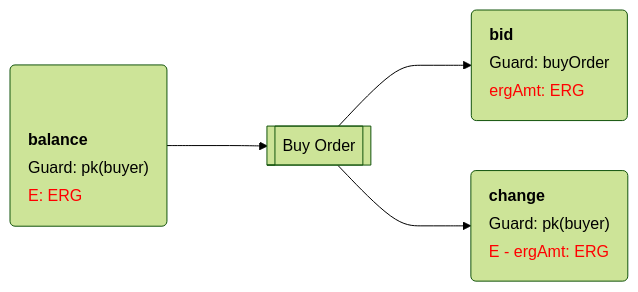
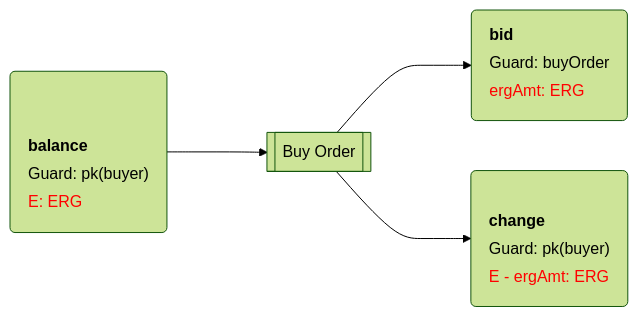
One commit to RalfWeiss/ergo-course-summary changed the second of 3 diagrams in ergoscript/example-contracts/dex-flowcard.md. Above: the diagram before and after it, drawn with Mermaid (forest theme). The commit also changed other lines of this file, not shown here.

Commit message:
margin-top samples

````diff
--- a/ergoscript/example-contracts/dex-flowcard.md
+++ b/ergoscript/example-contracts/dex-flowcard.md
@@ -61,34 +61,34 @@
 ```mermaid
 flowchart LR
 
   %% adjust margin-top: lines = 5; margin-top -12ex --> (lines-1) * 3 ex
   %% balance("<table style='text-align:left; margin-top: -12ex; margin-bottom: 0;' > 
   balance("<table style='text-align:left; margin-top: -6ex; margin-bottom: 0;' > 
     <tr><th '><b>balance</b></th></tr> 
     <tr><td >Guard: pk(buyer)</td></tr> 
     <tr><td style='color:red'>E: ERG</td></tr> 
     </table>  ")
 
   %% adjust margin-top: lines = 5; margin-top -12ex --> (lines-1) * 3 ex
-  change("<table style='text-align:left; margin-top: -12ex; margin-bottom: 0;' > 
+  change("<table style='text-align:left; margin-top: -9ex; margin-bottom: 0;' > 
     <tr><th '><b>change</b></th></tr> 
     <tr><td >Guard: pk(buyer)</td></tr> 
     <tr><td style='color:red'>E - ergAmt: ERG</td></tr> 
     </table>  ")
 
 
   TBo[["Buy Order"]]
 
 
   %% adjust margin-top: lines = 5; margin-top -12ex --> (lines-1) * 3 ex
   bid("<table style='text-align:left; margin-top: -12ex; margin-bottom: 0;' > 
     <tr><th '><b>bid</b></th></tr> 
     <tr><td >Guard: buyOrder</td></tr> 
     <tr><td style='color:red'>ergAmt: ERG</td></tr> 
     </table>  ")
 
   balance ---> TBo
   TBo ---> bid
   TBo ---> change
 
 ```
````
